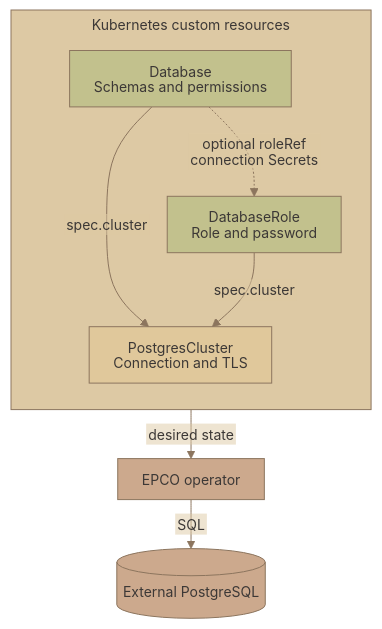
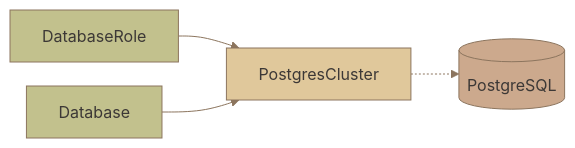
One commit to vterdunov/external-postgres-control-operator changed the diagram in README.md. Above: the diagram before and after it, drawn with Mermaid. The commit also changed other lines of this file, not shown here.

Commit message:
docs: simplify the README resource diagram

````diff
--- a/README.md
+++ b/README.md
@@ -21,51 +21,38 @@
 ```mermaid
 ---
 config:
   theme: base
   fontFamily: "system-ui, sans-serif"
   htmlLabels: false
   themeCSS: |
     .node rect { rx: 8px; ry: 8px; stroke-width: 1px; filter: drop-shadow(0px 3px 1px #3c383680) drop-shadow(0px 9px 7px #3c383659); }
-    .cluster rect { rx: 12px; ry: 12px; filter: drop-shadow(0px 4px 2px #28282866) drop-shadow(0px 9px 9px #28282859); }
   themeVariables:
     fontFamily: "system-ui, sans-serif"
-    fontSize: "14px"
+    fontSize: "16px"
     primaryColor: "#d2b98b"
     primaryTextColor: "#3c3836"
     primaryBorderColor: "#8c755e"
     lineColor: "#8c755e"
     textColor: "#3c3836"
     clusterBkg: "#ddc9a4"
     clusterBorder: "#8c755e"
     titleColor: "#3c3836"
     edgeLabelBackground: "#ddc9a4"
   flowchart:
-    nodeSpacing: 16
-    rankSpacing: 28
-    padding: 12
-    diagramPadding: 24
-    subGraphTitleMargin:
-      top: 6
-      bottom: 8
+    nodeSpacing: 24
+    rankSpacing: 48
+    padding: 16
+    diagramPadding: 20
 ---
-flowchart TB
-    subgraph resources["Kubernetes custom resources"]
-        direction TB
-        database["Database<br/>Schemas and permissions"]
-        role["DatabaseRole<br/>Role and password"]
-        cluster["PostgresCluster<br/>Connection and TLS"]
-        database -->|spec.cluster| cluster
-        role -->|spec.cluster| cluster
-        database -.->|"optional roleRef<br/>connection Secrets"| role
-    end
-
-    resources -->|desired state| operator["EPCO operator"]
-    operator -->|SQL| postgres[("External PostgreSQL")]
+flowchart LR
+    role["DatabaseRole"] --> cluster["PostgresCluster"]
+    database["Database"] --> cluster
+    cluster -.-> postgres[("PostgreSQL")]
 
     classDef source fill:#e0c89b,stroke:#8c755e,color:#3c3836
     classDef output fill:#c2c18d,stroke:#8c755e,color:#3c3836
     classDef consumer fill:#cca98d,stroke:#8c755e,color:#3c3836
     class cluster source
     class database,role output
-    class operator,postgres consumer
+    class postgres consumer
 ```
````
